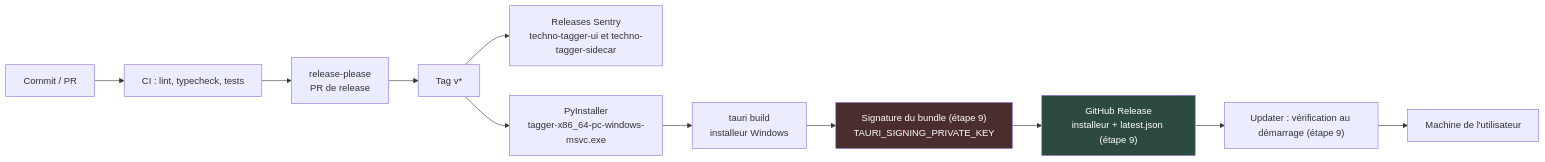
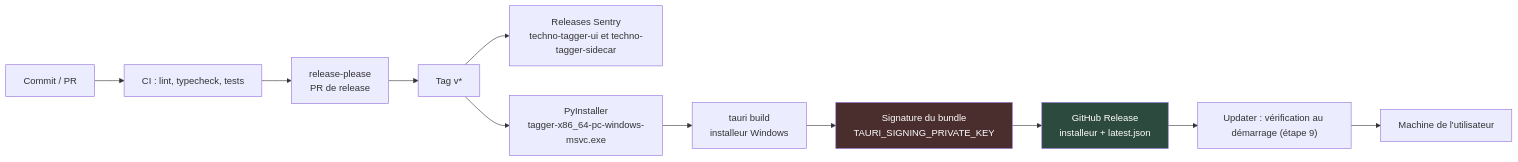
The fifth of 5 diagrams in docs/ARCHITECTURE.md (thibaud57/techno-tagger), drawn with Mermaid before and after one commit. The commit also changed other lines of this file and 54 other files, not shown here.

````diff
--- a/docs/ARCHITECTURE.md
+++ b/docs/ARCHITECTURE.md
@@ -828,16 +828,16 @@
 ```mermaid
 graph LR
     dev["Commit / PR"] --> ci["CI : lint, typecheck, tests"]
     ci --> rp["release-please<br/>PR de release"]
     rp --> tag["Tag v*"]
     tag --> sr["Releases Sentry<br/>techno-tagger-ui et techno-tagger-sidecar"]
     tag --> pyi["PyInstaller<br/>tagger-x86_64-pc-windows-msvc.exe"]
     pyi --> tb["tauri build<br/>installeur Windows"]
-    tb --> sig["Signature du bundle (étape 9)<br/>TAURI_SIGNING_PRIVATE_KEY"]
-    sig --> rel["GitHub Release<br/>installeur + latest.json (étape 9)"]
+    tb --> sig["Signature du bundle<br/>TAURI_SIGNING_PRIVATE_KEY"]
+    sig --> rel["GitHub Release<br/>installeur + latest.json"]
     rel --> upd["Updater : vérification au démarrage (étape 9)"]
     upd --> user["Machine de l'utilisateur"]
 
     style sig fill:#4a2d2d,color:#fff
     style rel fill:#2d4a3e,color:#fff
 ```
````
